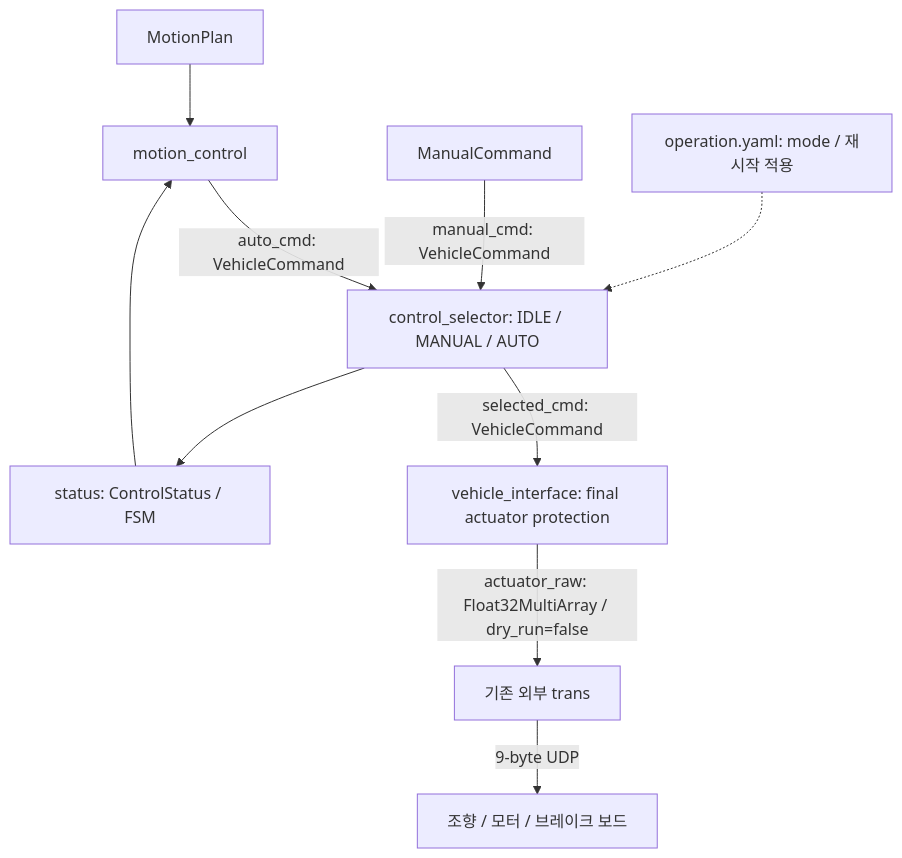
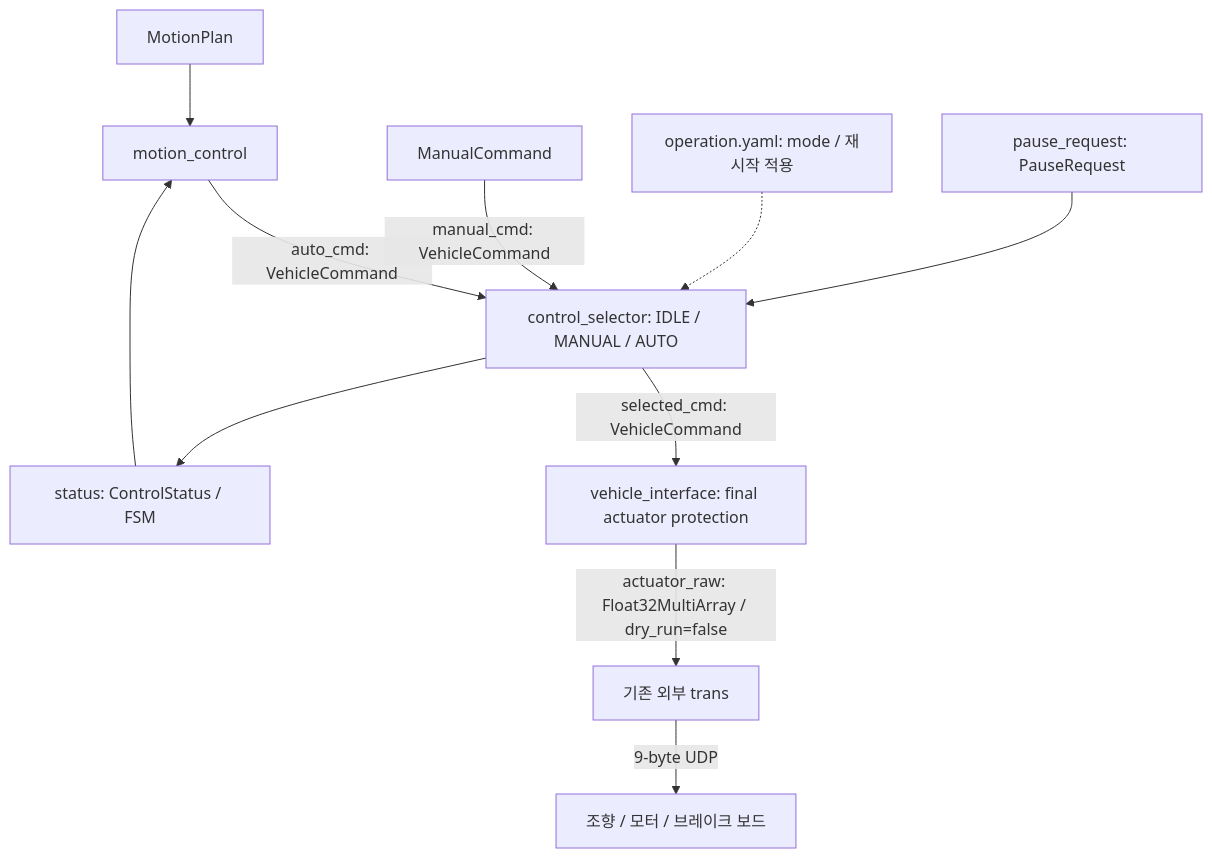
The diagram in doc/command_path.md (planta223/control_manager), drawn with Mermaid before and after one commit. The commit also changed other lines of this file and 17 other files, not shown here.

````diff
--- a/doc/command_path.md
+++ b/doc/command_path.md
@@ -6,12 +6,13 @@
 ```mermaid
 flowchart TD
   MP[MotionPlan] --> MC[motion_control]
   MC -->|auto_cmd: VehicleCommand| CS[control_selector: IDLE / MANUAL / AUTO]
   MAN[ManualCommand] -->|manual_cmd: VehicleCommand| CS
   MODE[operation.yaml: mode / 재시작 적용] -.-> CS
+  PAUSE[pause_request: PauseRequest] --> CS
   CS -->|selected_cmd: VehicleCommand| VI[vehicle_interface: final actuator protection]
   VI -->|actuator_raw: Float32MultiArray / dry_run=false| TX[기존 외부 trans]
   TX -->|9-byte UDP| BOARDS[조향 / 모터 / 브레이크 보드]
   CS --> ST[status: ControlStatus / FSM]
   ST --> MC
 ```
````
